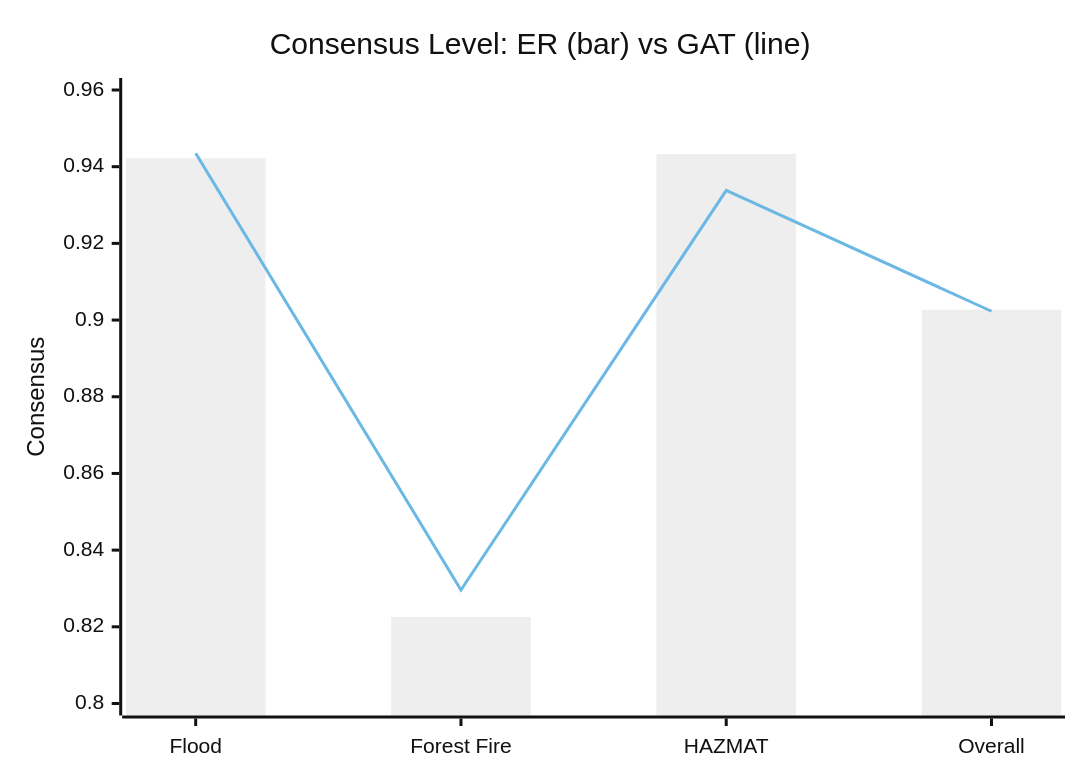
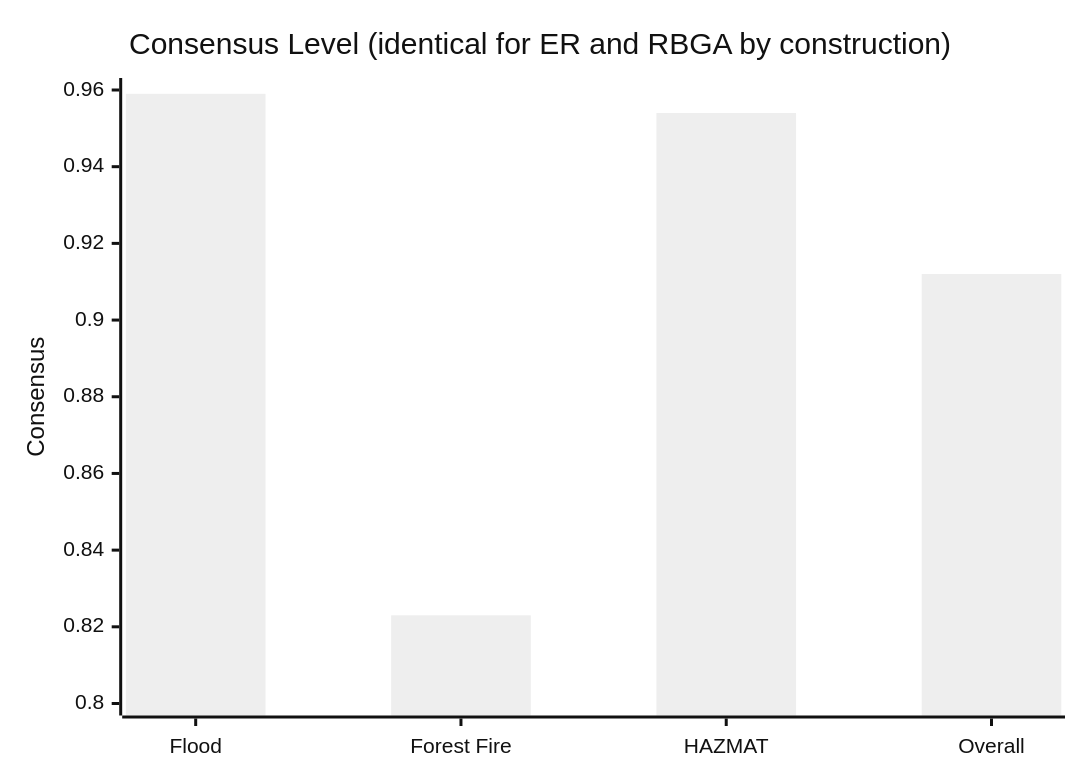
Before and after one commit to kerbgr/crisis_mas_poc: the second of 6 diagrams in docs/RESULTS.md, drawn with Mermaid (neutral theme). The commit also changed other lines of this file and 3 other files, not shown here.

````diff
--- a/docs/RESULTS.md
+++ b/docs/RESULTS.md
@@ -68,8 +71,7 @@
 ```mermaid
 xychart-beta
-    title "Consensus Level: ER (bar) vs GAT (line)"
+    title "Consensus Level (identical for ER and RBGA by construction)"
     x-axis ["Flood", "Forest Fire", "HAZMAT", "Overall"]
     y-axis "Consensus" 0.80 --> 0.96
-    bar [0.9422, 0.8226, 0.9433, 0.9027]
-    line [0.9435, 0.8296, 0.9338, 0.9023]
+    bar [0.959, 0.823, 0.954, 0.912]
 ```
````
